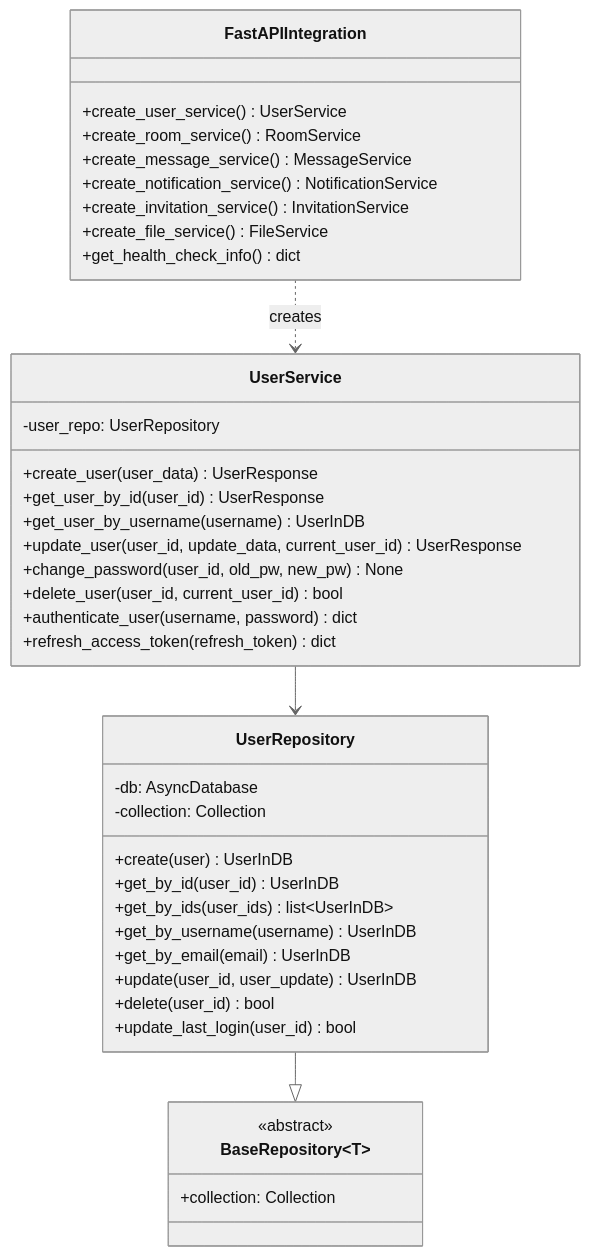
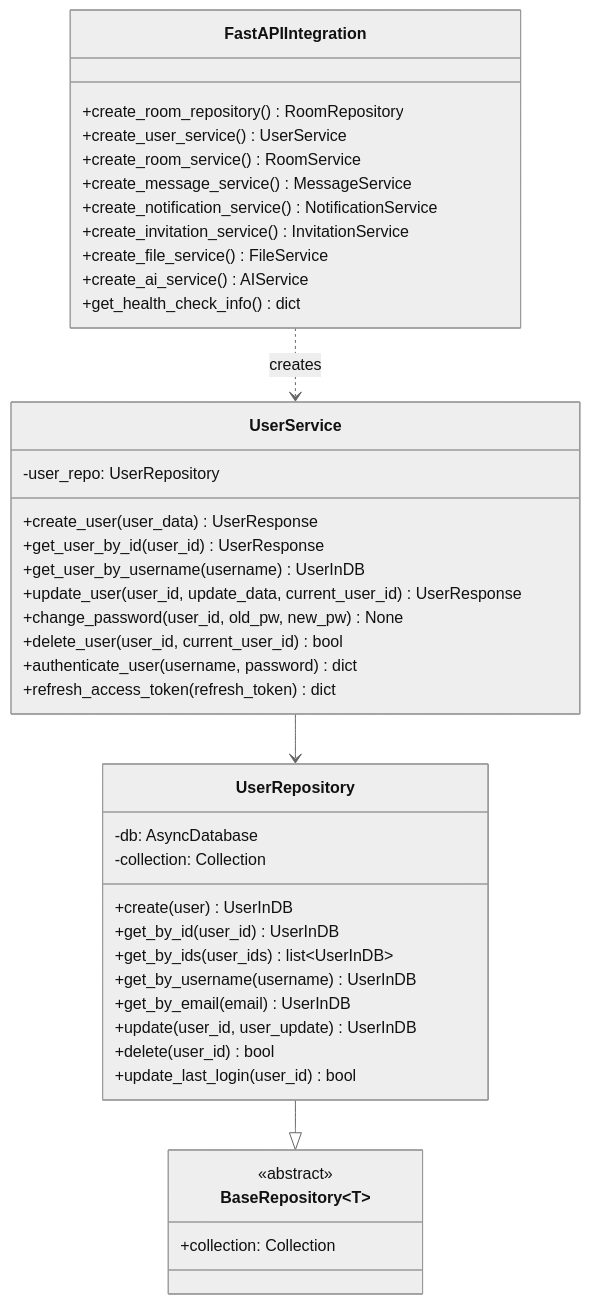
The eighth of 11 diagrams in docs/c4-architecture.md (twtrubiks/mongo-fastapi-svelte-chat), drawn with Mermaid (neutral theme) before and after one commit. The commit also changed other lines of this file and 5 other files, not shown here.

````diff
--- a/docs/c4-architecture.md
+++ b/docs/c4-architecture.md
@@ -464,46 +491,48 @@
 ```mermaid
 classDiagram
     class FastAPIIntegration {
+        +create_room_repository() RoomRepository
         +create_user_service() UserService
         +create_room_service() RoomService
         +create_message_service() MessageService
         +create_notification_service() NotificationService
         +create_invitation_service() InvitationService
         +create_file_service() FileService
+        +create_ai_service() AIService
         +get_health_check_info() dict
     }
 
     class UserService {
         -user_repo: UserRepository
         +create_user(user_data) UserResponse
         +get_user_by_id(user_id) UserResponse
         +get_user_by_username(username) UserInDB
         +update_user(user_id, update_data, current_user_id) UserResponse
         +change_password(user_id, old_pw, new_pw) None
         +delete_user(user_id, current_user_id) bool
         +authenticate_user(username, password) dict
         +refresh_access_token(refresh_token) dict
     }
 
     class UserRepository {
         -db: AsyncDatabase
         -collection: Collection
         +create(user) UserInDB
         +get_by_id(user_id) UserInDB
         +get_by_ids(user_ids) list~UserInDB~
         +get_by_username(username) UserInDB
         +get_by_email(email) UserInDB
         +update(user_id, user_update) UserInDB
         +delete(user_id) bool
         +update_last_login(user_id) bool
     }
 
     class BaseRepository~T~ {
         <<abstract>>
         +collection: Collection
     }
 
     FastAPIIntegration ..> UserService : creates
     UserService --> UserRepository
     UserRepository --|> BaseRepository
 ```
````
